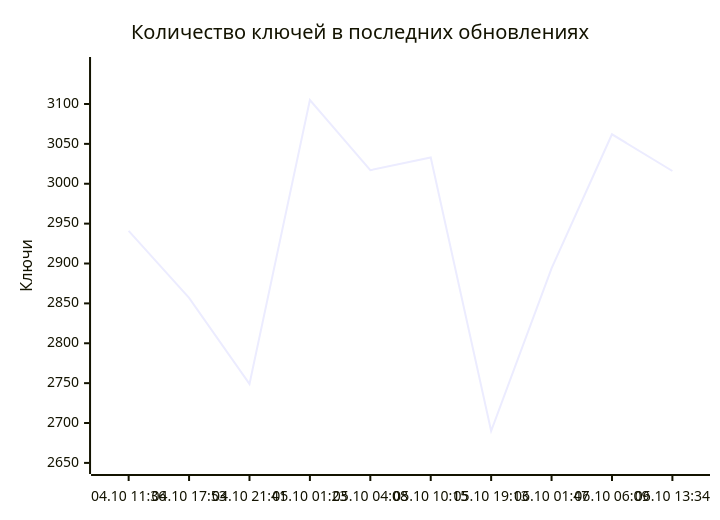
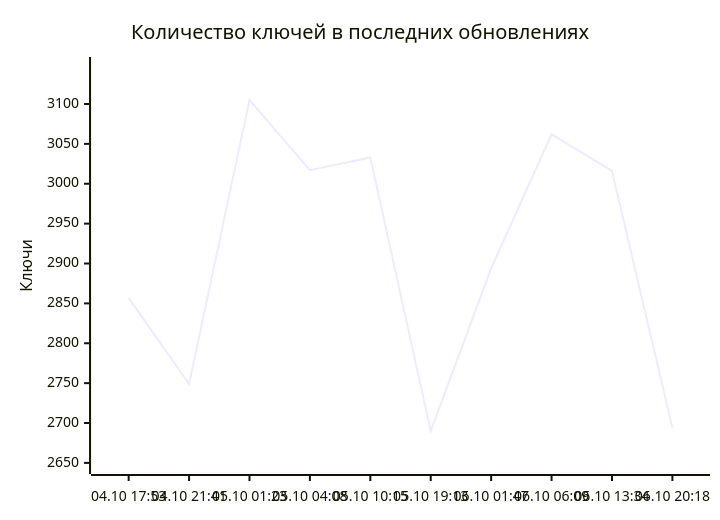
Before and after one commit to markKikhtenko/WireVeil: the diagram in README.md, drawn with Mermaid. The commit also changed other lines of this file and 12 other files, not shown here.

````diff
--- a/README.md
+++ b/README.md
@@ -55,7 +55,7 @@
 ```mermaid
 xychart-beta
     title "Количество ключей в последних обновлениях"
-    x-axis ["04.10 11:36", "04.10 17:53", "04.10 21:41", "05.10 01:23", "05.10 04:08", "05.10 10:15", "05.10 19:13", "06.10 01:47", "06.10 06:09", "06.10 13:34"]
+    x-axis ["04.10 17:53", "04.10 21:41", "05.10 01:23", "05.10 04:08", "05.10 10:15", "05.10 19:13", "06.10 01:47", "06.10 06:09", "06.10 13:34", "06.10 20:18"]
     y-axis "Ключи" 2648 --> 3147
-    line [2941, 2857, 2749, 3105, 3017, 3033, 2690, 2894, 3062, 3016]
+    line [2857, 2749, 3105, 3017, 3033, 2690, 2894, 3062, 3016, 2694]
 ```
````
